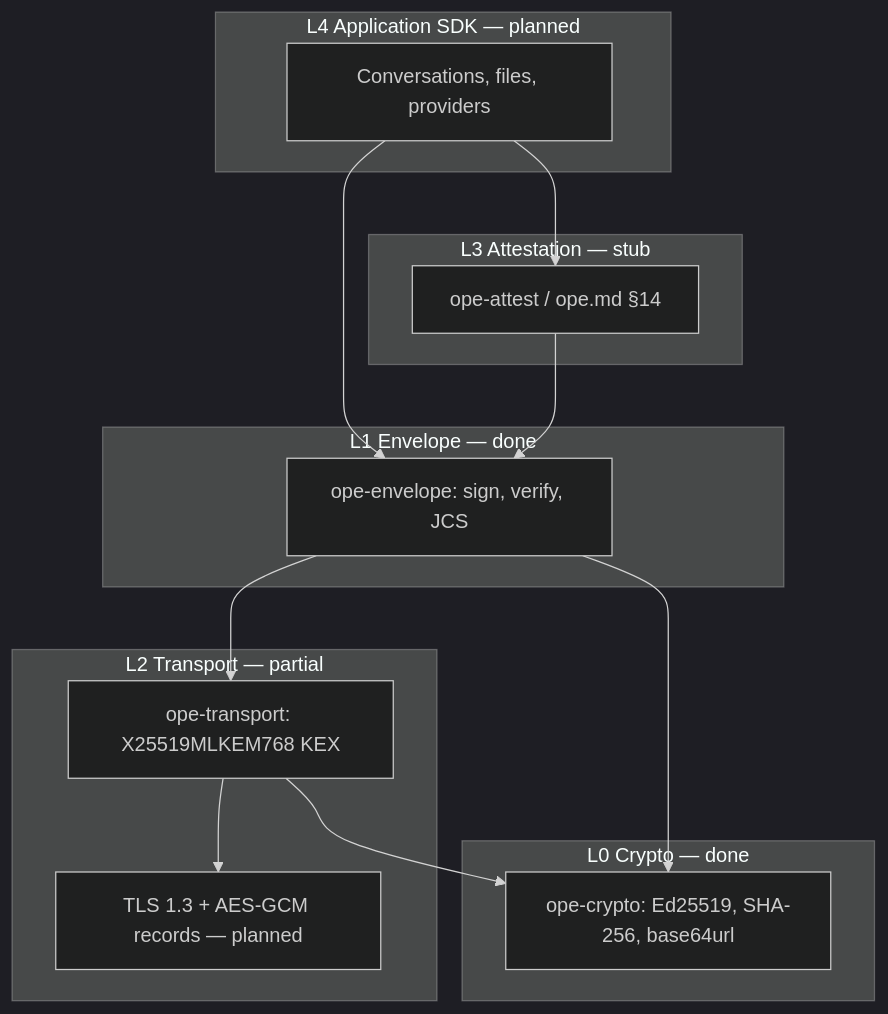
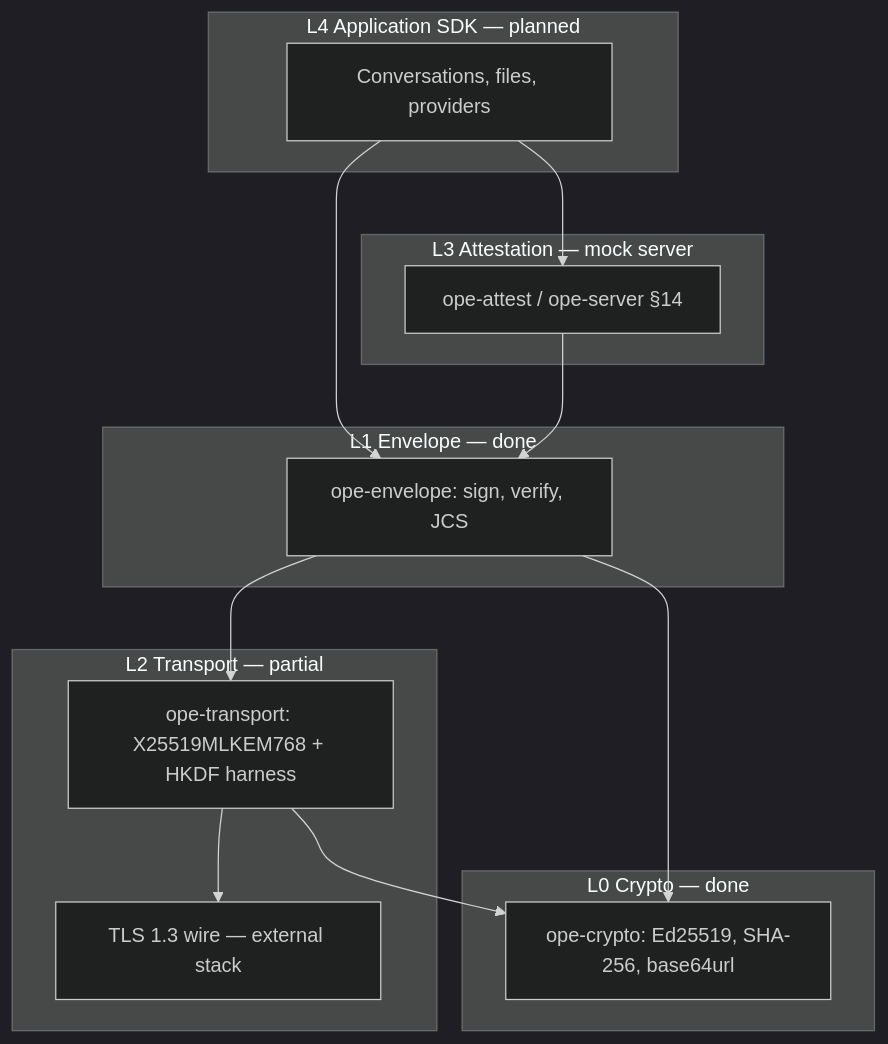
One commit to Lightec-AI/OPE changed the diagram in docs/ARCHITECTURE.md. Above: the diagram before and after it, drawn with Mermaid (dark theme). The commit also changed other lines of this file and 78 other files, not shown here.

````diff
--- a/docs/ARCHITECTURE.md
+++ b/docs/ARCHITECTURE.md
@@ -5,26 +5,26 @@
 ```mermaid
 flowchart TB
   subgraph L4["L4 Application SDK — planned"]
     App[Conversations, files, providers]
   end
-  subgraph L3["L3 Attestation — stub"]
-    Att[ope-attest / ope.md §14]
+  subgraph L3["L3 Attestation — mock server"]
+    Att[ope-attest / ope-server §14]
   end
   subgraph L2["L2 Transport — partial"]
-    T[ope-transport: X25519MLKEM768 KEX]
-    TLS[TLS 1.3 + AES-GCM records — planned]
+    T[ope-transport: X25519MLKEM768 + HKDF harness]
+    TLS[TLS 1.3 wire — external stack]
   end
   subgraph L1["L1 Envelope — done"]
     E[ope-envelope: sign, verify, JCS]
   end
   subgraph L0["L0 Crypto — done"]
     C[ope-crypto: Ed25519, SHA-256, base64url]
   end
   App --> Att
   App --> E
   Att --> E
   E --> T
   T --> TLS
   T --> C
   E --> C
 ```
````
